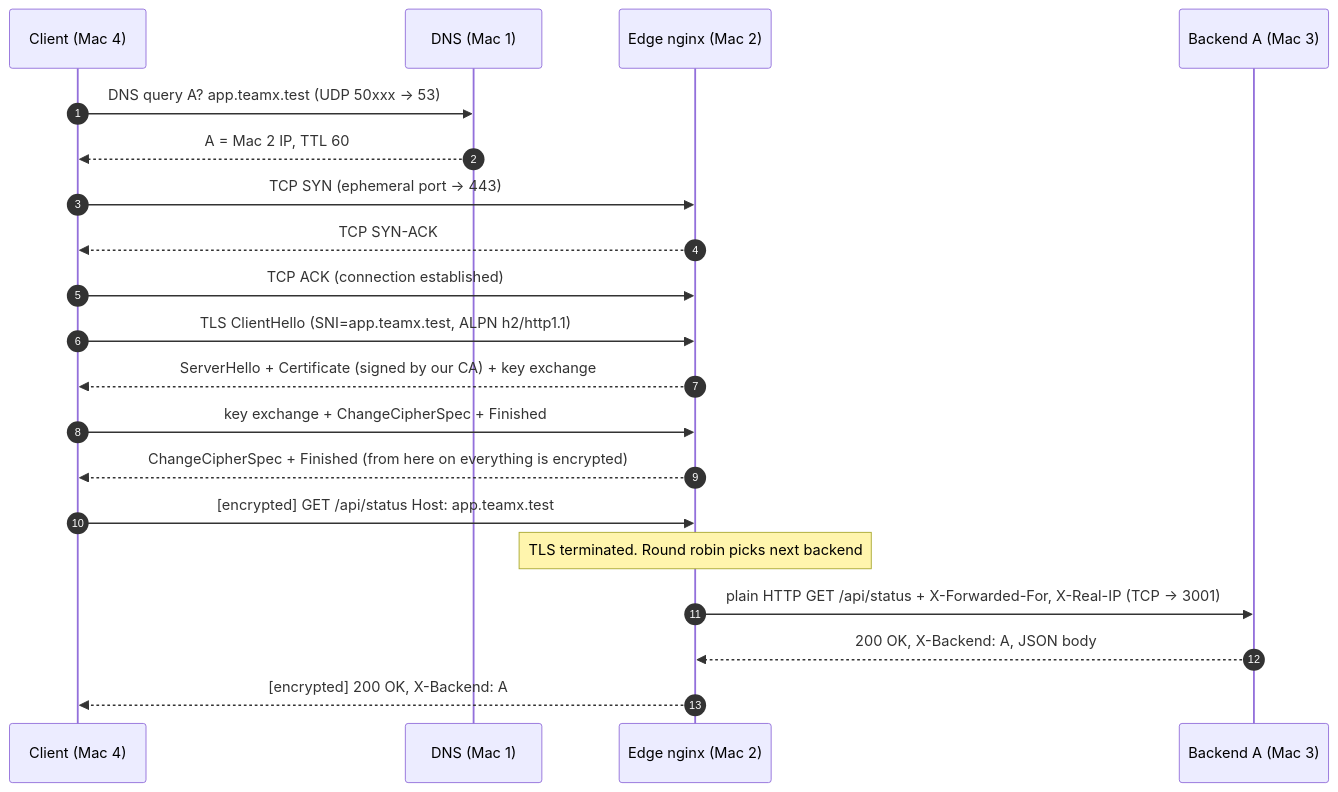
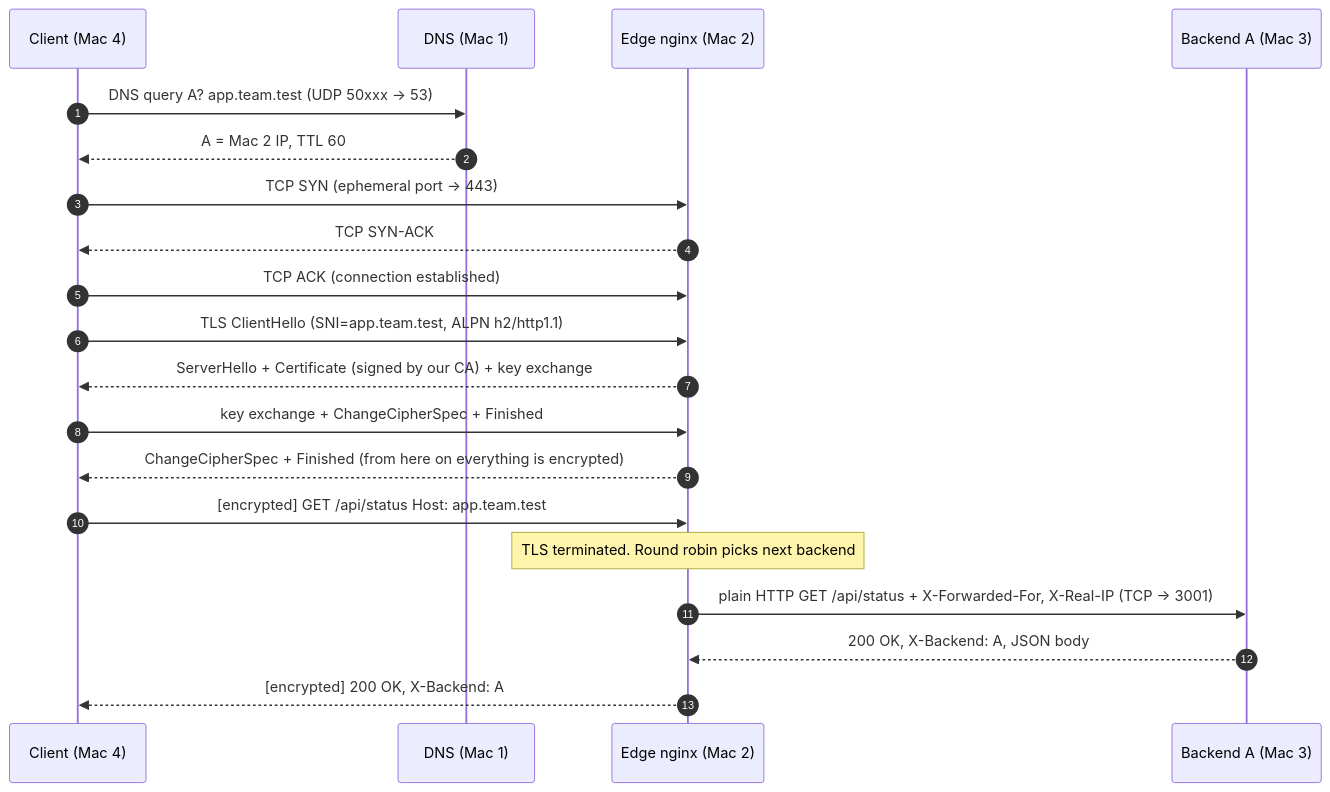
One commit to rishiraj38/cn-phase-1 changed the second of 2 diagrams in docs/ARCHITECTURE.md. Above: the diagram before and after it, drawn with Mermaid. The commit also changed other lines of this file and 81 other files, not shown here.

````diff
--- a/docs/ARCHITECTURE.md
+++ b/docs/ARCHITECTURE.md
@@ -66,22 +72,22 @@
 ```mermaid
 sequenceDiagram
   autonumber
   participant C as Client (Mac 4)
   participant D as DNS (Mac 1)
   participant E as Edge nginx (Mac 2)
   participant A as Backend A (Mac 3)
-  C->>D: DNS query A? app.teamx.test   (UDP 50xxx → 53)
+  C->>D: DNS query A? app.team.test   (UDP 50xxx → 53)
   D-->>C: A = Mac 2 IP, TTL 60
   C->>E: TCP SYN          (ephemeral port → 443)
   E-->>C: TCP SYN-ACK
   C->>E: TCP ACK          (connection established)
-  C->>E: TLS ClientHello  (SNI=app.teamx.test, ALPN h2/http1.1)
+  C->>E: TLS ClientHello  (SNI=app.team.test, ALPN h2/http1.1)
   E-->>C: ServerHello + Certificate (signed by our CA) + key exchange
   C->>E: key exchange + ChangeCipherSpec + Finished
   E-->>C: ChangeCipherSpec + Finished   (from here on everything is encrypted)
-  C->>E: [encrypted] GET /api/status  Host: app.teamx.test
+  C->>E: [encrypted] GET /api/status  Host: app.team.test
   Note over E: TLS terminated. Round robin picks next backend
   E->>A: plain HTTP GET /api/status  + X-Forwarded-For, X-Real-IP  (TCP → 3001)
   A-->>E: 200 OK, X-Backend: A, JSON body
   E-->>C: [encrypted] 200 OK, X-Backend: A
 ```
````
